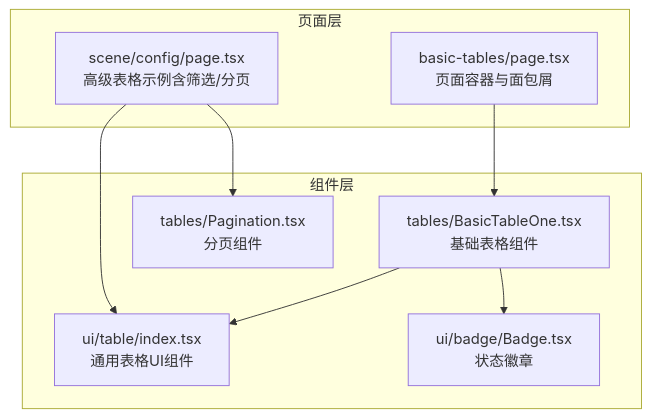
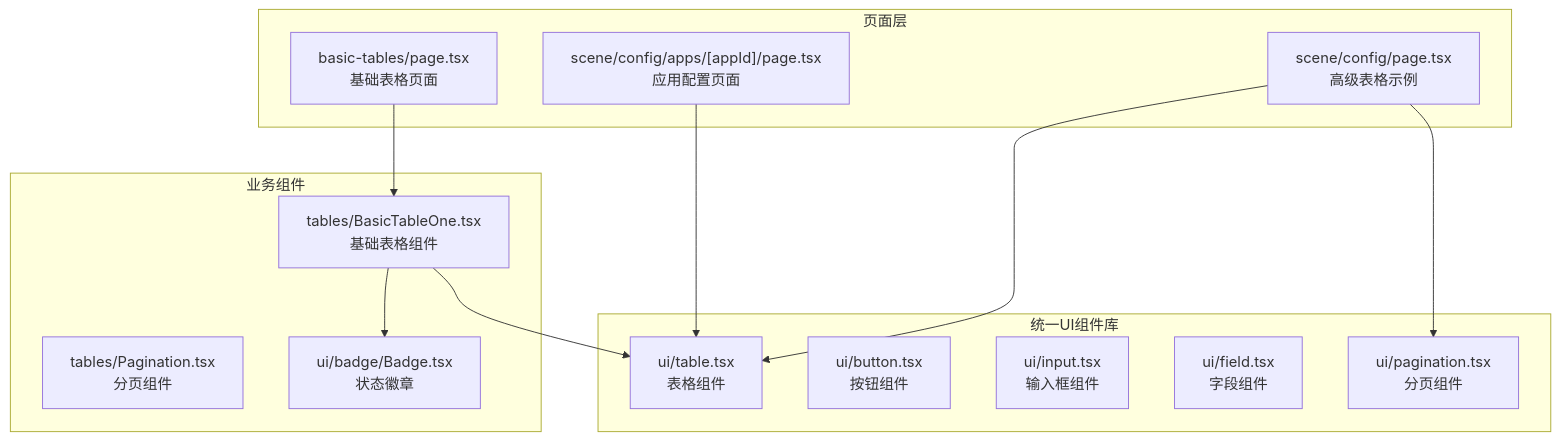
Before and after one commit to HAOFUYANG/nextjs-admin: the first of 8 diagrams in .qoder/repowiki/zh/content/页面路由系统/页面类型组织结构/表格页面.md, drawn with Mermaid. The commit also changed other lines of this file and 4 other files, not shown here.

````diff
--- a/.qoder/repowiki/zh/content/页面路由系统/页面类型组织结构/表格页面.md
+++ b/.qoder/repowiki/zh/content/页面路由系统/页面类型组织结构/表格页面.md
@@ -40,18 +55,26 @@
 ```mermaid
 graph TB
 subgraph "页面层"
-P1["basic-tables/page.tsx<br/>页面容器与面包屑"]
-P2["scene/config/page.tsx<br/>高级表格示例含筛选/分页"]
+P1["basic-tables/page.tsx<br/>基础表格页面"]
+P2["scene/config/page.tsx<br/>高级表格示例"]
+P3["scene/config/apps/[appId]/page.tsx<br/>应用配置页面"]
 end
-subgraph "组件层"
-C1["tables/BasicTableOne.tsx<br/>基础表格组件"]
-C2["ui/table/index.tsx<br/>通用表格UI组件"]
-C3["tables/Pagination.tsx<br/>分页组件"]
-C4["ui/badge/Badge.tsx<br/>状态徽章"]
+subgraph "统一UI组件库"
+U1["ui/table.tsx<br/>表格组件"]
+U2["ui/button.tsx<br/>按钮组件"]
+U3["ui/input.tsx<br/>输入框组件"]
+U4["ui/field.tsx<br/>字段组件"]
+U5["ui/pagination.tsx<br/>分页组件"]
 end
-P1 --> C1
-C1 --> C2
-C1 --> C4
-P2 --> C2
-P2 --> C3
+subgraph "业务组件"
+B1["tables/BasicTableOne.tsx<br/>基础表格组件"]
+B2["tables/Pagination.tsx<br/>分页组件"]
+D1["ui/badge/Badge.tsx<br/>状态徽章"]
+end
+P1 --> B1
+P2 --> U1
+P2 --> U5
+P3 --> U1
+B1 --> U1
+B1 --> D1
 ```
````
